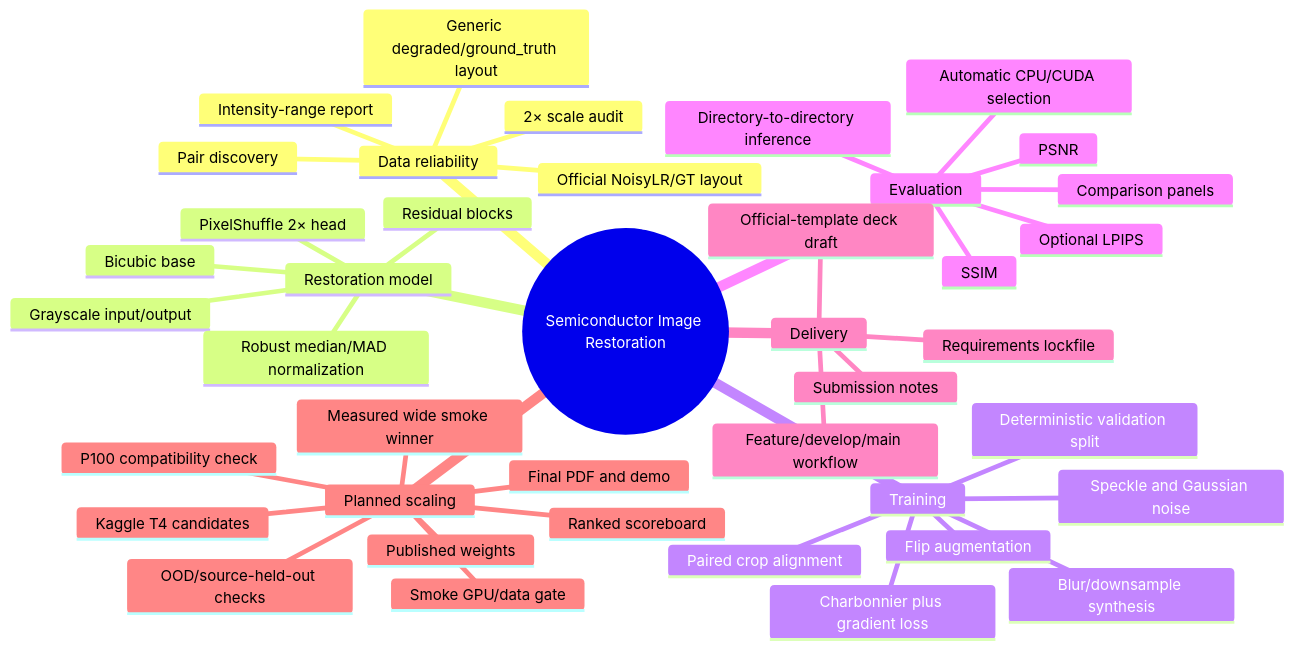
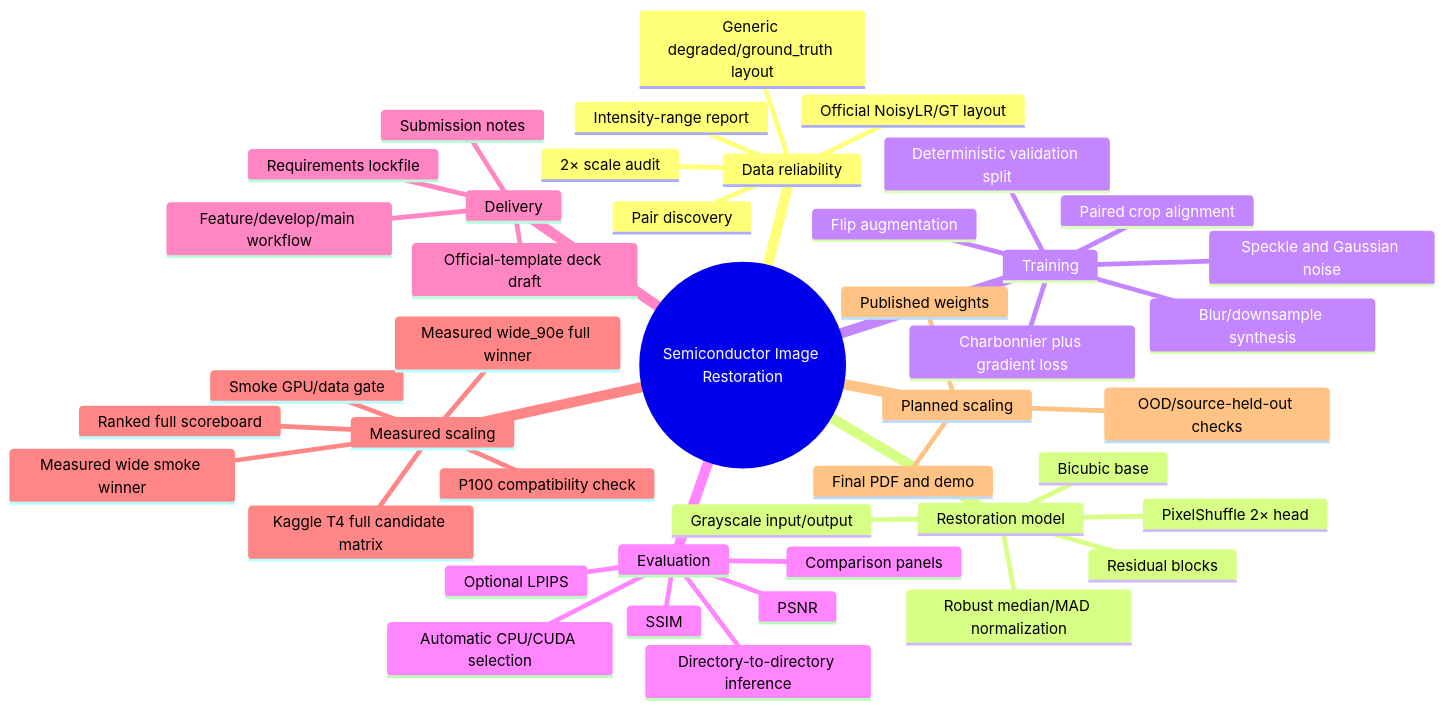
One commit to vtghub/image-restoration changed the diagram in docs/feature-map.md. Above: the diagram before and after it, drawn with Mermaid. The commit also changed other lines of this file and 4 other files, not shown here.

Commit message:
docs: record Kaggle T4 full results

````diff
--- a/docs/feature-map.md
+++ b/docs/feature-map.md
@@ -5,44 +5,46 @@
 ```mermaid
 mindmap
   root((Semiconductor Image Restoration))
     Data reliability
       Official NoisyLR/GT layout
       Generic degraded/ground_truth layout
       Pair discovery
       2× scale audit
       Intensity-range report
     Restoration model
       Grayscale input/output
       Robust median/MAD normalization
       Bicubic base
       Residual blocks
       PixelShuffle 2× head
     Training
       Paired crop alignment
       Flip augmentation
       Blur/downsample synthesis
       Speckle and Gaussian noise
       Charbonnier plus gradient loss
       Deterministic validation split
     Evaluation
       Directory-to-directory inference
       Automatic CPU/CUDA selection
       PSNR
       SSIM
       Optional LPIPS
       Comparison panels
     Delivery
       Requirements lockfile
       Submission notes
       Official-template deck draft
       Feature/develop/main workflow
-    Planned scaling
-      Kaggle T4 candidates
+    Measured scaling
+      Kaggle T4 full candidate matrix
       P100 compatibility check
       Smoke GPU/data gate
       Measured wide smoke winner
-      Ranked scoreboard
+      Measured wide_90e full winner
+      Ranked full scoreboard
+    Planned scaling
       OOD/source-held-out checks
       Published weights
       Final PDF and demo
 ```
````
